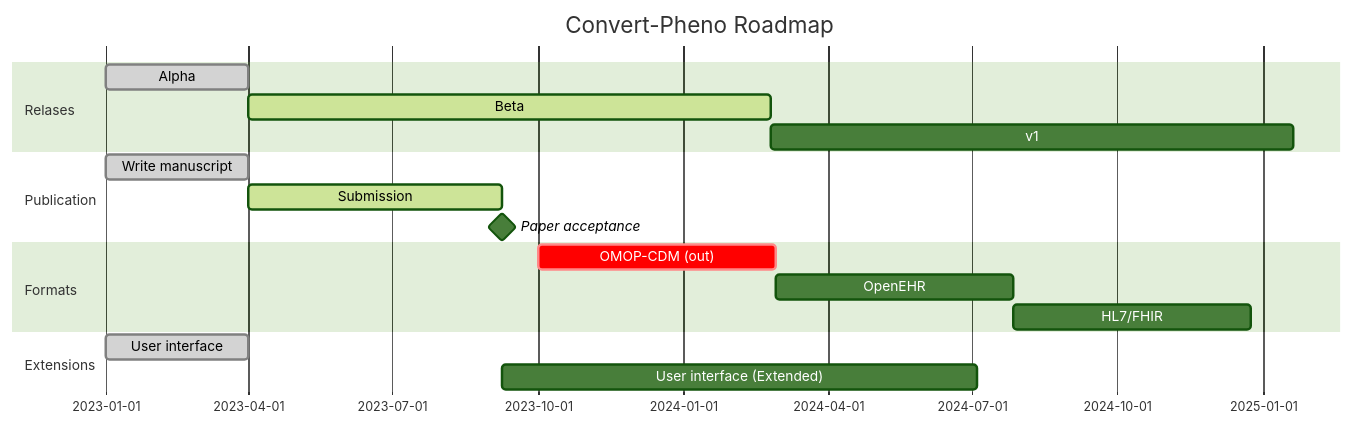
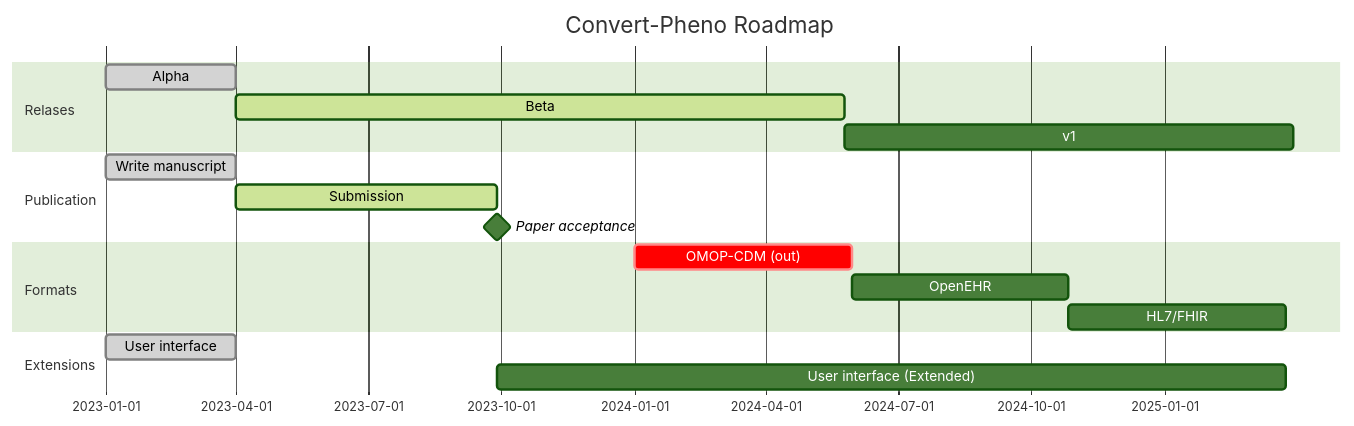
The diagram in docs/future-plans.md (CNAG-Biomedical-Informatics/convert-pheno), drawn with Mermaid (forest theme) before and after one commit. The commit also changed other lines of this file and 3 other files, not shown here.

````diff
--- a/docs/future-plans.md
+++ b/docs/future-plans.md
@@ -1,24 +1,24 @@
 ```mermaid
   gantt
     title Convert-Pheno Roadmap
     dateFormat  YYYY-MM-DD
 
     section Relases
     Alpha                     :done,      r1, 2023-01-01, 90d
-    Beta                      :active,    r2, after m1, 330d
-    v1                        :           r3, after r2, 330d
+    Beta                      :active,    r2, after m1, 420d
+    v1                        :           r3, after r2, 310d
 
     section Publication
     Write manuscript          :done,      m1, 2023-01-01, 90d
-    Submission                :active,    m2, after m1, 160d
+    Submission                :active,    m2, after m1, 180d
     Paper acceptance          :milestone, after m2, 0d
 
     section Formats
-    OMOP-CDM (out)  :crit, f1, 2023-10-01, 150d
+    OMOP-CDM (out)  :crit, f1, 2024-01-01, 150d
     OpenEHR         :      f2, after f1, 150d
     HL7/FHIR        :      f3, after f2, 150d
 
     section Extensions
     User interface            :done,   e1, 2023-01-01, 90d
-    User interface (Extended) :        after m2, 300d
+    User interface (Extended) :        after m2, 545d
 ```
````
